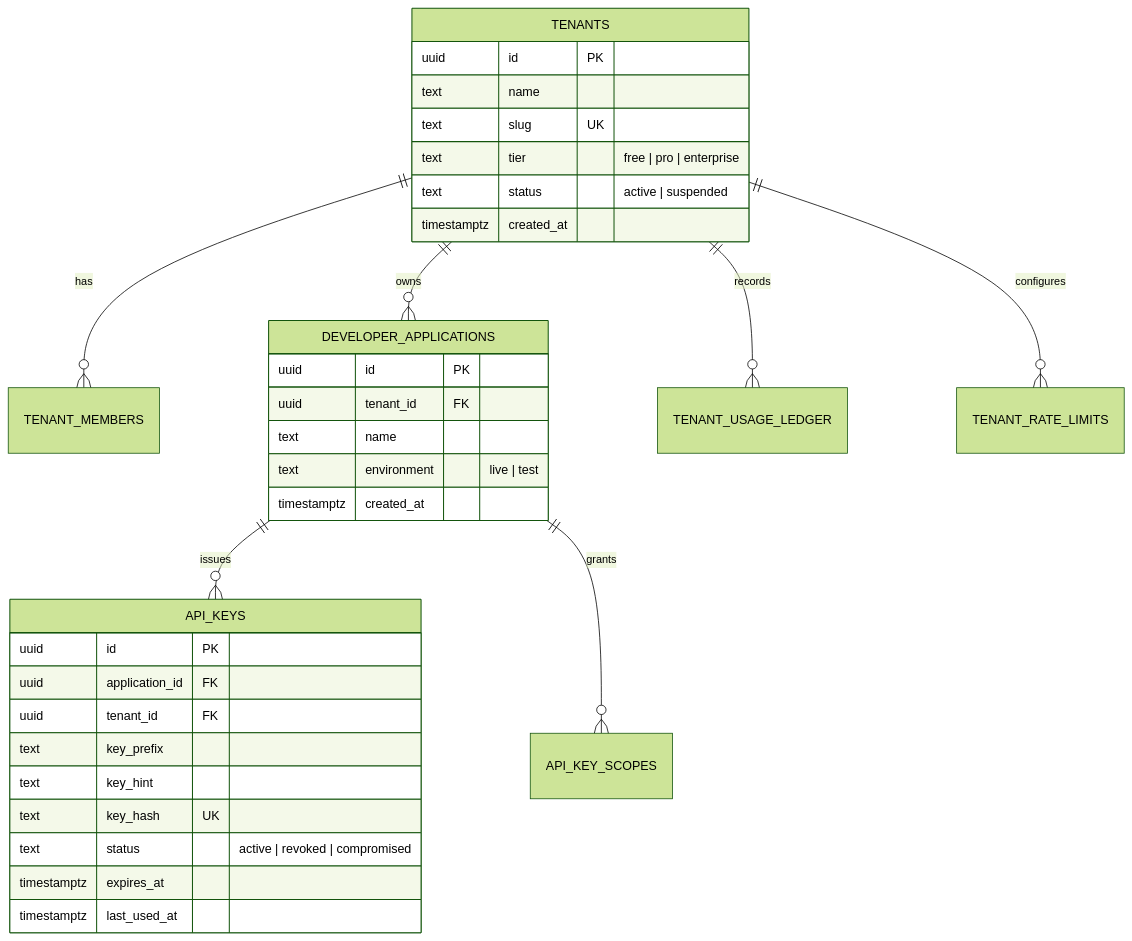
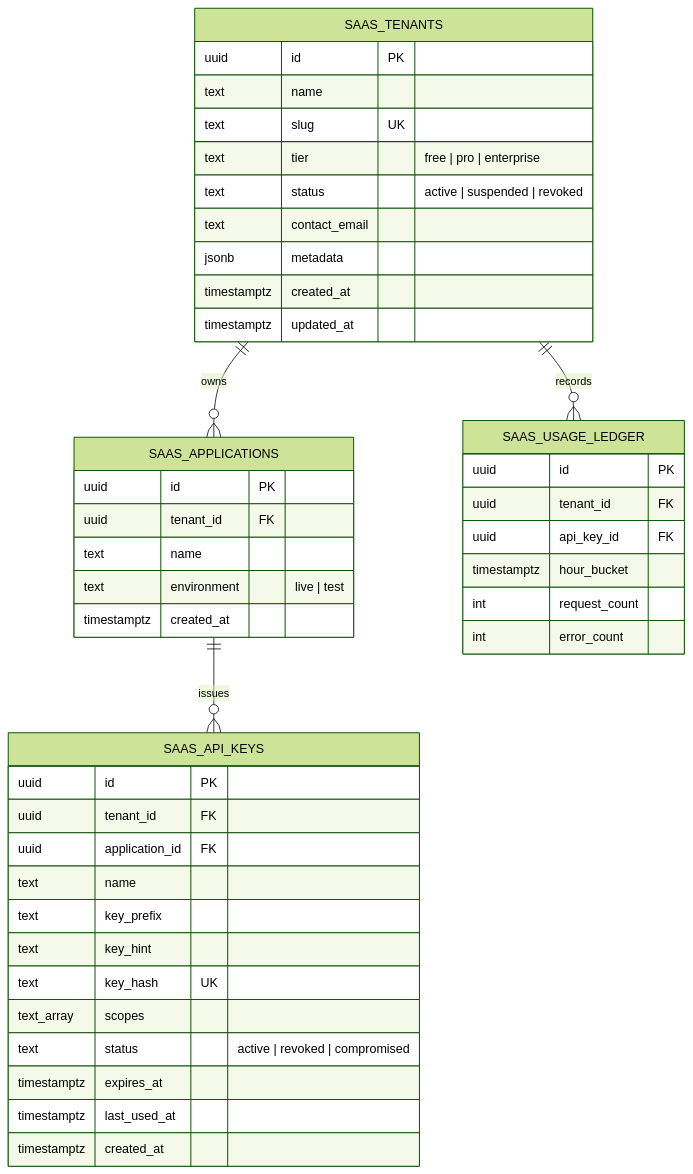
One commit to kshetra-app/Kshetra changed the diagram in PLAN-W021-MASTER-REV-1.0.md. Above: the diagram before and after it, drawn with Mermaid (forest theme). The commit also changed other lines of this file, not shown here.

````diff
--- a/PLAN-W021-MASTER-REV-1.0.md
+++ b/PLAN-W021-MASTER-REV-1.0.md
@@ -179,38 +232,50 @@
 ```mermaid
 erDiagram
-    TENANTS ||--o{ TENANT_MEMBERS : has
-    TENANTS ||--o{ DEVELOPER_APPLICATIONS : owns
-    DEVELOPER_APPLICATIONS ||--o{ API_KEYS : issues
-    DEVELOPER_APPLICATIONS ||--o{ API_KEY_SCOPES : grants
-    TENANTS ||--o{ TENANT_USAGE_LEDGER : records
-    TENANTS ||--o{ TENANT_RATE_LIMITS : configures
+    SAAS_TENANTS ||--o{ SAAS_APPLICATIONS : owns
+    SAAS_APPLICATIONS ||--o{ SAAS_API_KEYS : issues
+    SAAS_TENANTS ||--o{ SAAS_USAGE_LEDGER : records
 
-    TENANTS {
+    SAAS_TENANTS {
         uuid id PK
         text name
         text slug UK
         text tier "free | pro | enterprise"
-        text status "active | suspended"
+        text status "active | suspended | revoked"
+        text contact_email
+        jsonb metadata
         timestamptz created_at
+        timestamptz updated_at
     }
 
-    DEVELOPER_APPLICATIONS {
+    SAAS_APPLICATIONS {
         uuid id PK
         uuid tenant_id FK
         text name
         text environment "live | test"
         timestamptz created_at
     }
 
-    API_KEYS {
+    SAAS_API_KEYS {
         uuid id PK
+        uuid tenant_id FK
         uuid application_id FK
-        uuid tenant_id FK
+        text name
         text key_prefix
         text key_hint
         text key_hash UK
+        text_array scopes
         text status "active | revoked | compromised"
         timestamptz expires_at
         timestamptz last_used_at
+        timestamptz created_at
+    }
+
+    SAAS_USAGE_LEDGER {
+        uuid id PK
+        uuid tenant_id FK
+        uuid api_key_id FK
+        timestamptz hour_bucket
+        int request_count
+        int error_count
     }
 ```
````
